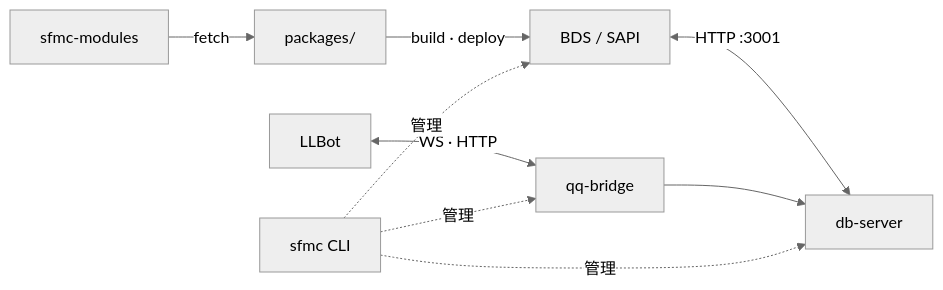
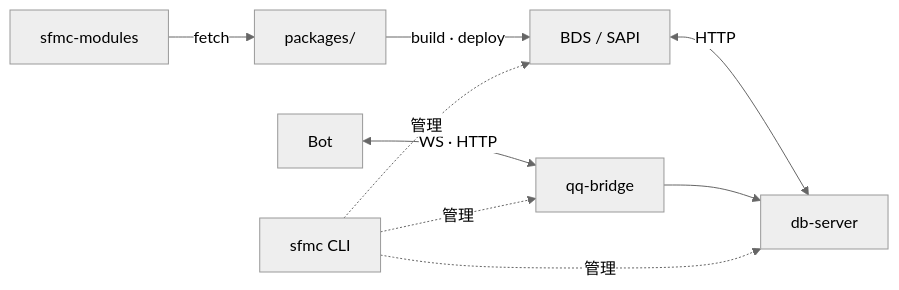
The diagram in README.md (DogeLakeDev/ScriptsForMinecraftServer), drawn with Mermaid (neutral theme) before and after one commit. The commit also changed other lines of this file and 101 other files, not shown here.

````diff
--- a/README.md
+++ b/README.md
@@ -29,8 +29,8 @@
 ```mermaid
 flowchart LR
   REG["sfmc-modules"] -->|fetch| PKG["packages/"]
   PKG -->|build · deploy| BDS["BDS / SAPI"]
-  BDS <-->|HTTP :3001| DB["db-server"]
-  LLBot <-->|WS · HTTP| QQ["qq-bridge"] --> DB
+  BDS <-->|HTTP| DB["db-server"]
+  Bot <-->|WS · HTTP| QQ["qq-bridge"] --> DB
   SFMC["sfmc CLI"] -. 管理 .-> BDS & DB & QQ
 ```
````
